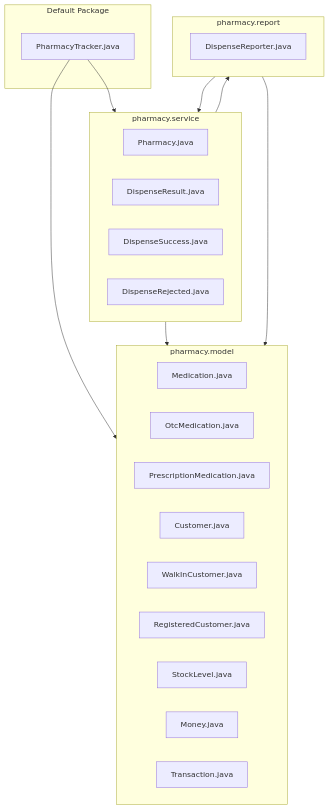
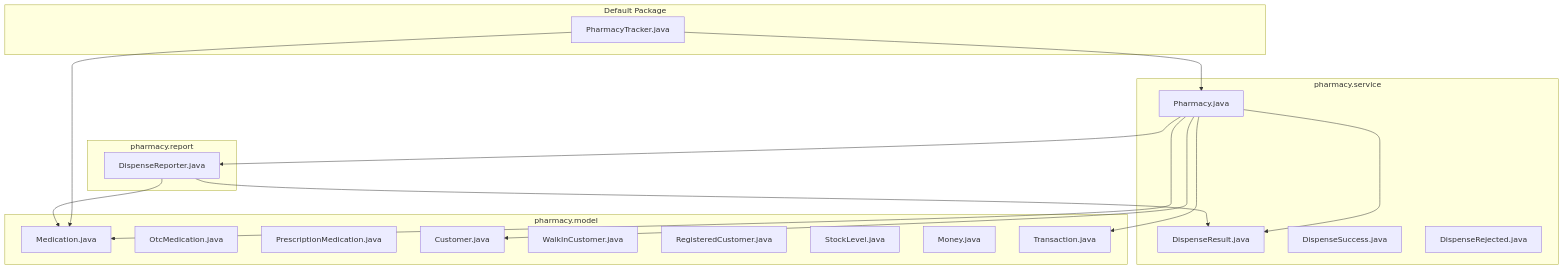
Before and after one commit to john-okyere-282/akosua-pharmacy-project: the second of 7 diagrams in docs/architecture.md, drawn with Mermaid. The commit also changed other lines of this file and 8 other files, not shown here.

Commit message:
docs: fix Mermaid syntax errors and overhaul README with old/new architecture and ADR rationales

````diff
--- a/docs/architecture.md
+++ b/docs/architecture.md
@@ -182,36 +182,39 @@
 ```mermaid
 flowchart TD
     subgraph Root["Default Package"]
         Tracker["PharmacyTracker.java"]
     end
 
     subgraph Service["pharmacy.service"]
         Pharmacy["Pharmacy.java"]
         DResult["DispenseResult.java"]
         DSuccess["DispenseSuccess.java"]
         DRejected["DispenseRejected.java"]
     end
 
     subgraph Model["pharmacy.model"]
         Med["Medication.java"]
         OTC["OtcMedication.java"]
         Rx["PrescriptionMedication.java"]
         Cust["Customer.java"]
         WalkIn["WalkInCustomer.java"]
         Reg["RegisteredCustomer.java"]
         Stock["StockLevel.java"]
         Mon["Money.java"]
         Tx["Transaction.java"]
     end
 
     subgraph Report["pharmacy.report"]
         Reporter["DispenseReporter.java"]
     end
 
-    Tracker --> Service
-    Tracker --> Model
-    Service --> Model
-    Service --> Report
-    Report --> Model
-    Report --> Service
+    Tracker --> Pharmacy
+    Tracker --> Med
+    Pharmacy --> Med
+    Pharmacy --> Cust
+    Pharmacy --> Tx
+    Pharmacy --> Reporter
+    Pharmacy --> DResult
+    Reporter --> Med
+    Reporter --> DResult
 ```
````
